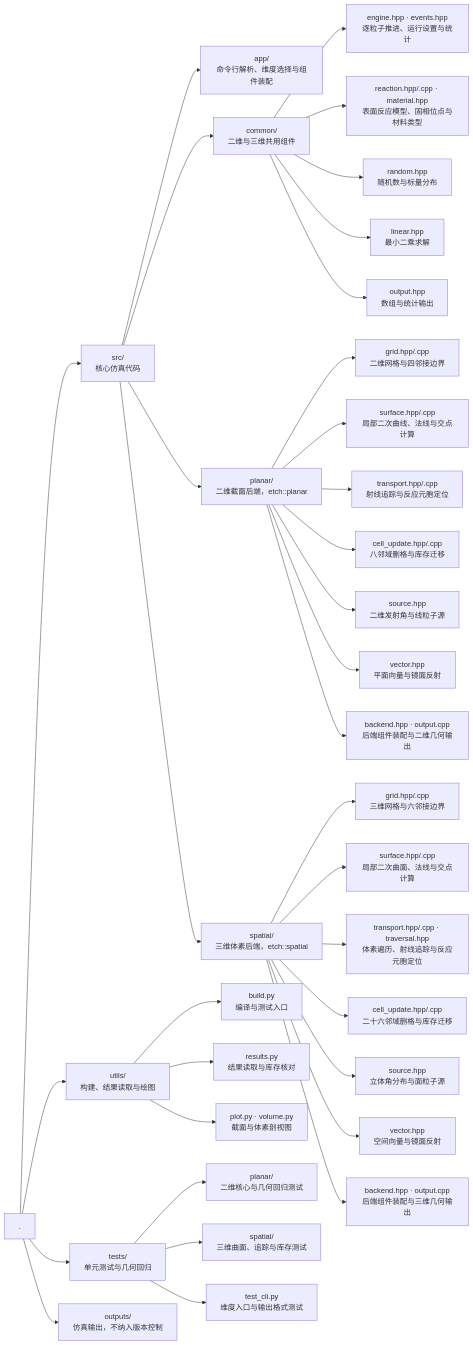
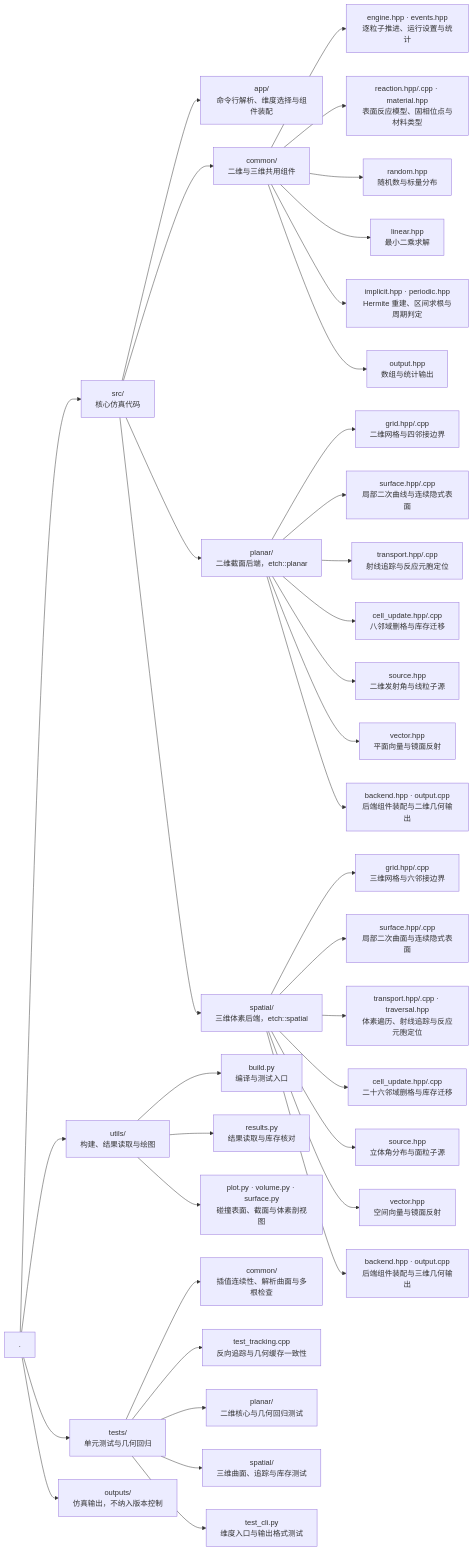
The diagram in README.md (AXeonV/Cl-Etching), drawn with Mermaid before and after one commit. The commit also changed other lines of this file and 30 other files, not shown here.

````diff
--- a/README.md
+++ b/README.md
@@ -12,43 +12,46 @@
 ```mermaid
 flowchart LR
     Root["."]
     Root --> Src["src/<br/>核心仿真代码"]
     Root --> Utils["utils/<br/>构建、结果读取与绘图"]
     Root --> Tests["tests/<br/>单元测试与几何回归"]
     Root --> Outputs["outputs/<br/>仿真输出，不纳入版本控制"]
 
     Src --> App["app/<br/>命令行解析、维度选择与组件装配"]
     Src --> Common["common/<br/>二维与三维共用组件"]
     Src --> Planar["planar/<br/>二维截面后端，etch::planar"]
     Src --> Spatial["spatial/<br/>三维体素后端，etch::spatial"]
 
     Common --> Engine["engine.hpp · events.hpp<br/>逐粒子推进、运行设置与统计"]
     Common --> Reaction["reaction.hpp/.cpp · material.hpp<br/>表面反应模型、固相位点与材料类型"]
     Common --> Random["random.hpp<br/>随机数与标量分布"]
     Common --> Linear["linear.hpp<br/>最小二乘求解"]
+    Common --> Geometry["implicit.hpp · periodic.hpp<br/>Hermite 重建、区间求根与周期判定"]
     Common --> Output["output.hpp<br/>数组与统计输出"]
 
     Planar --> PlanarGrid["grid.hpp/.cpp<br/>二维网格与四邻接边界"]
-    Planar --> PlanarSurface["surface.hpp/.cpp<br/>局部二次曲线、法线与交点计算"]
+    Planar --> PlanarSurface["surface.hpp/.cpp<br/>局部二次曲线与连续隐式表面"]
     Planar --> PlanarTransport["transport.hpp/.cpp<br/>射线追踪与反应元胞定位"]
     Planar --> PlanarUpdate["cell_update.hpp/.cpp<br/>八邻域删格与库存迁移"]
     Planar --> PlanarSource["source.hpp<br/>二维发射角与线粒子源"]
     Planar --> PlanarVector["vector.hpp<br/>平面向量与镜面反射"]
     Planar --> PlanarBackend["backend.hpp · output.cpp<br/>后端组件装配与二维几何输出"]
 
     Spatial --> SpatialGrid["grid.hpp/.cpp<br/>三维网格与六邻接边界"]
-    Spatial --> SpatialSurface["surface.hpp/.cpp<br/>局部二次曲面、法线与交点计算"]
+    Spatial --> SpatialSurface["surface.hpp/.cpp<br/>局部二次曲面与连续隐式表面"]
     Spatial --> SpatialTransport["transport.hpp/.cpp · traversal.hpp<br/>体素遍历、射线追踪与反应元胞定位"]
     Spatial --> SpatialUpdate["cell_update.hpp/.cpp<br/>二十六邻域删格与库存迁移"]
     Spatial --> SpatialSource["source.hpp<br/>立体角分布与面粒子源"]
     Spatial --> SpatialVector["vector.hpp<br/>空间向量与镜面反射"]
     Spatial --> SpatialBackend["backend.hpp · output.cpp<br/>后端组件装配与三维几何输出"]
 
     Utils --> Build["build.py<br/>编译与测试入口"]
     Utils --> Results["results.py<br/>结果读取与库存核对"]
-    Utils --> Plot["plot.py · volume.py<br/>截面与体素剖视图"]
+    Utils --> Plot["plot.py · volume.py · surface.py<br/>碰撞表面、截面与体素剖视图"]
 
+    Tests --> NumericalTests["common/<br/>插值连续性、解析曲面与多根检查"]
+    Tests --> TrackingTests["test_tracking.cpp<br/>反向追踪与几何缓存一致性"]
     Tests --> PlanarTests["planar/<br/>二维核心与几何回归测试"]
     Tests --> SpatialTests["spatial/<br/>三维曲面、追踪与库存测试"]
     Tests --> CliTests["test_cli.py<br/>维度入口与输出格式测试"]
 ```
````
